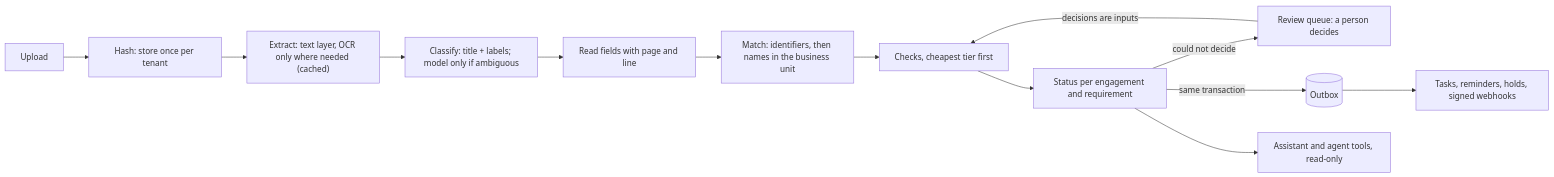
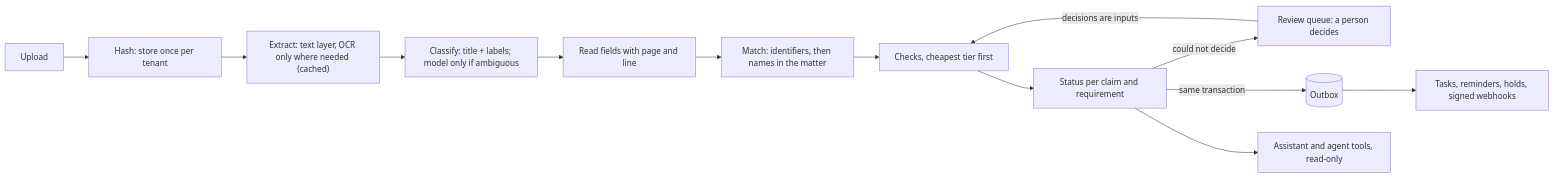
The diagram in README.md (gandhiashutosh14/testamur), drawn with Mermaid before and after one commit. The commit also changed other lines of this file and 88 other files, not shown here.

````diff
--- a/README.md
+++ b/README.md
@@ -103,15 +61,15 @@
 ```mermaid
 flowchart LR
     A["Upload"] --> B["Hash: store once per tenant"]
     B --> C["Extract: text layer, OCR only where needed (cached)"]
     C --> D["Classify: title + labels; model only if ambiguous"]
     D --> E["Read fields with page and line"]
-    E --> F["Match: identifiers, then names in the business unit"]
+    E --> F["Match: identifiers, then names in the matter"]
     F --> G["Checks, cheapest tier first"]
-    G --> H["Status per engagement and requirement"]
+    G --> H["Status per claim and requirement"]
     H -->|"could not decide"| Q["Review queue: a person decides"]
     Q -->|"decisions are inputs"| G
     H -->|"same transaction"| O[("Outbox")]
     O --> W["Tasks, reminders, holds, signed webhooks"]
     H --> S["Assistant and agent tools, read-only"]
 ```
````
